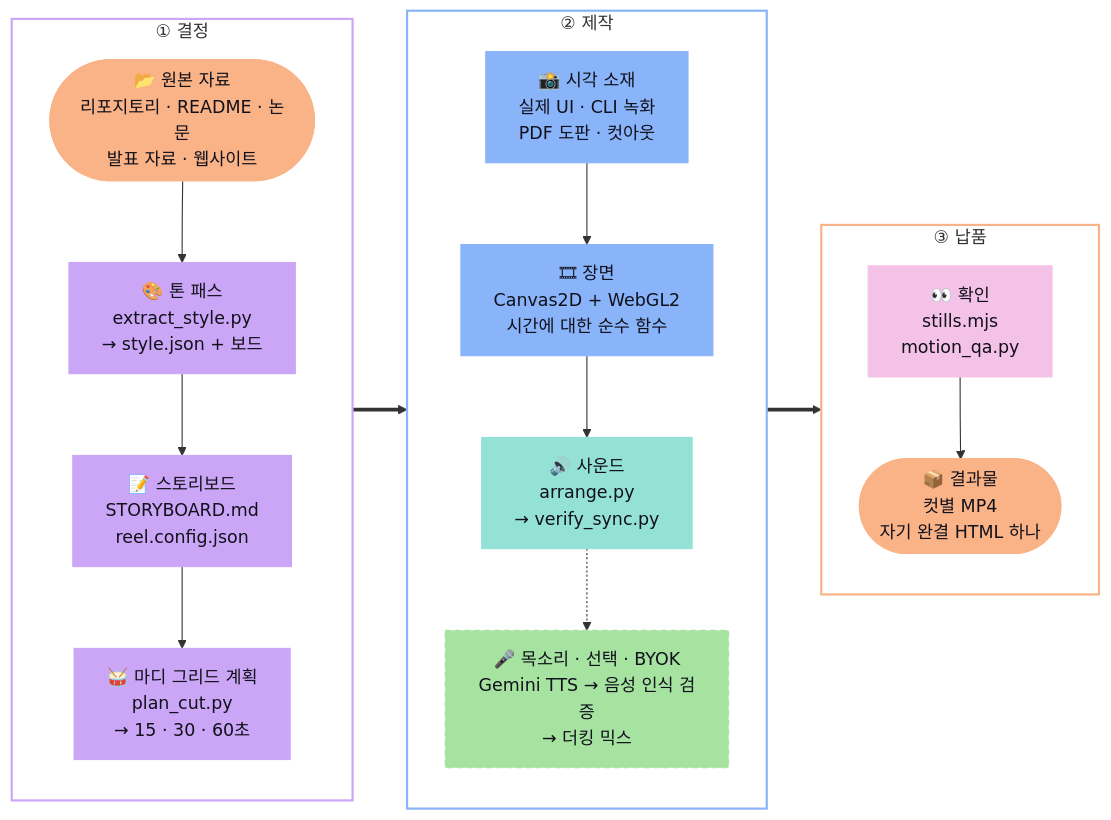
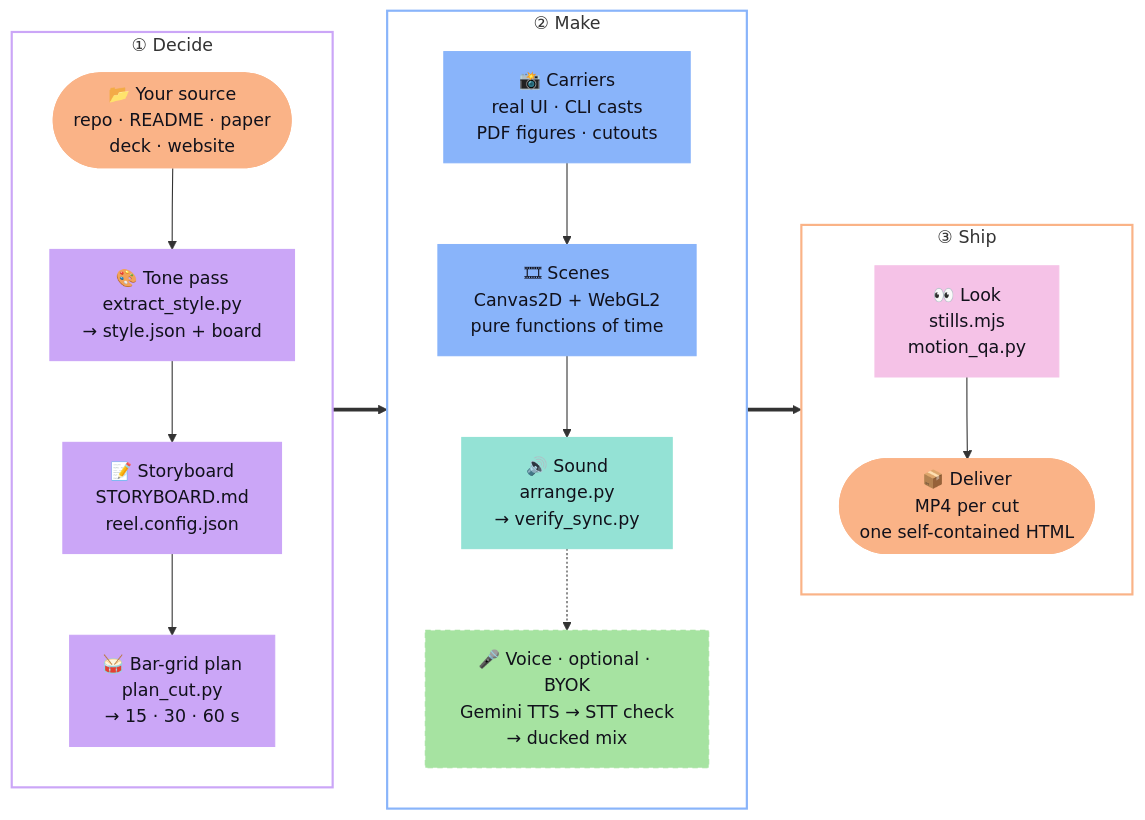
The diagram in README.ko.md (AwesomeZun/Awesome-Showreels), drawn with Mermaid before and after one commit. The commit also changed other lines of this file and 54 other files, not shown here.

````diff
--- a/README.ko.md
+++ b/README.ko.md
@@ -214,37 +282,37 @@
 ```mermaid
 flowchart LR
-    subgraph decide ["① 결정"]
+    subgraph decide ["① Decide"]
         direction TB
-        src(["📂 원본 자료<br/>리포지토리 · README · 논문<br/>발표 자료 · 웹사이트"]):::io
-        tone["🎨 톤 패스<br/>extract_style.py<br/>→ style.json + 보드"]:::decide
-        story["📝 스토리보드<br/>STORYBOARD.md<br/>reel.config.json"]:::decide
-        plan["🥁 마디 그리드 계획<br/>plan_cut.py<br/>→ 15 · 30 · 60초"]:::decide
+        src(["📂 Your source<br/>repo · README · paper<br/>deck · website"]):::io
+        tone["🎨 Tone pass<br/>extract_style.py<br/>→ style.json + board"]:::decide
+        story["📝 Storyboard<br/>STORYBOARD.md<br/>reel.config.json"]:::decide
+        plan["🥁 Bar-grid plan<br/>plan_cut.py<br/>→ 15 · 30 · 60 s"]:::decide
         src --> tone --> story --> plan
     end
-    subgraph make ["② 제작"]
+    subgraph make ["② Make"]
         direction TB
-        car["📸 시각 소재<br/>실제 UI · CLI 녹화<br/>PDF 도판 · 컷아웃"]:::make
-        scn["🎞 장면<br/>Canvas2D + WebGL2<br/>시간에 대한 순수 함수"]:::make
-        snd["🔊 사운드<br/>arrange.py<br/>→ verify_sync.py"]:::sound
-        vo["🎤 목소리 · 선택 · BYOK<br/>Gemini TTS → 음성 인식 검증<br/>→ 더킹 믹스"]:::opt
+        car["📸 Carriers<br/>real UI · CLI casts<br/>PDF figures · cutouts"]:::make
+        scn["🎞 Scenes<br/>Canvas2D + WebGL2<br/>pure functions of time"]:::make
+        snd["🔊 Sound<br/>arrange.py<br/>→ verify_sync.py"]:::sound
+        vo["🎤 Voice · optional · BYOK<br/>Gemini TTS → STT check<br/>→ ducked mix"]:::opt
         car --> scn --> snd -.-> vo
     end
-    subgraph ship ["③ 납품"]
+    subgraph ship ["③ Ship"]
         direction TB
-        look["👀 확인<br/>stills.mjs<br/>motion_qa.py"]:::check
-        out(["📦 결과물<br/>컷별 MP4<br/>자기 완결 HTML 하나"]):::io
+        look["👀 Look<br/>stills.mjs<br/>motion_qa.py"]:::check
+        out(["📦 Deliver<br/>MP4 per cut<br/>one self-contained HTML"]):::io
         look --> out
     end
     decide ==> make ==> ship
 
     style decide fill:none,stroke:#cba6f7,stroke-width:2px
     style make fill:none,stroke:#89b4fa,stroke-width:2px
     style ship fill:none,stroke:#fab387,stroke-width:2px
 
     classDef io fill:#fab387,stroke:#fab387,color:#11111b
     classDef decide fill:#cba6f7,stroke:#cba6f7,color:#11111b
     classDef make fill:#89b4fa,stroke:#89b4fa,color:#11111b
     classDef sound fill:#94e2d5,stroke:#94e2d5,color:#11111b
     classDef opt fill:#a6e3a1,stroke:#a6e3a1,color:#11111b,stroke-dasharray:5 4
     classDef check fill:#f5c2e7,stroke:#f5c2e7,color:#11111b
 ```
````
